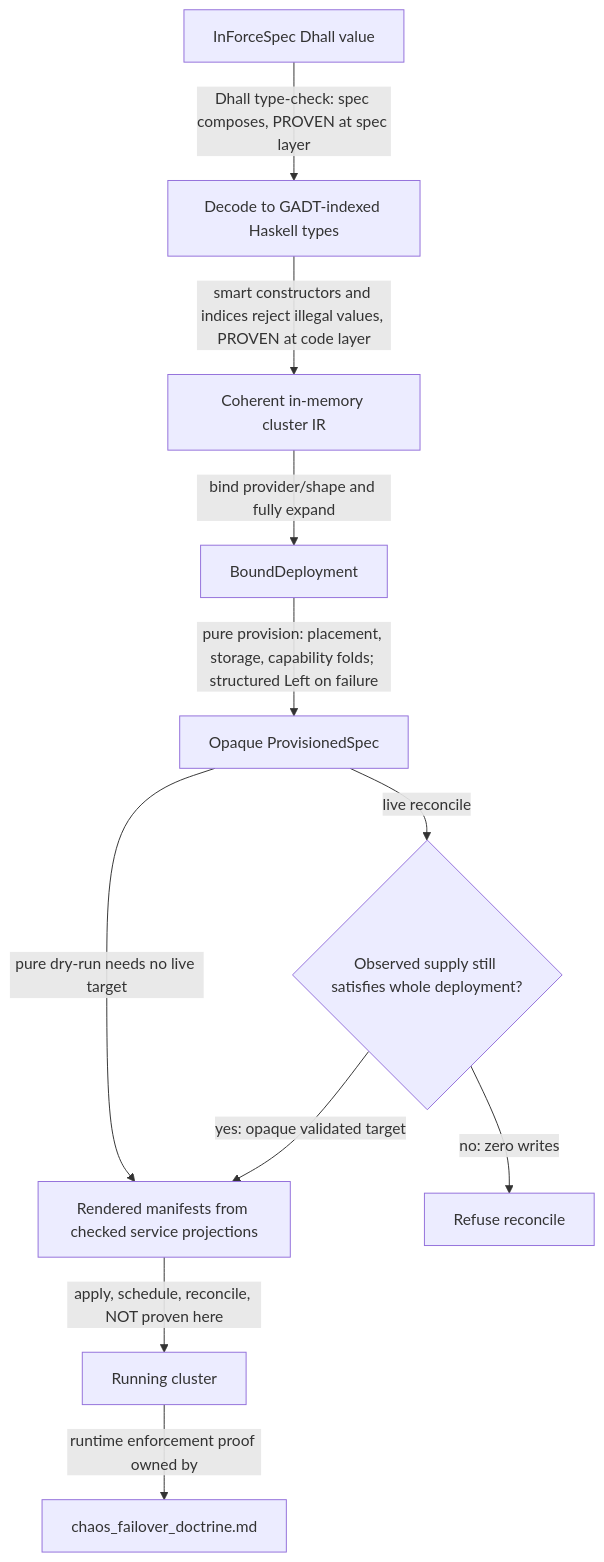
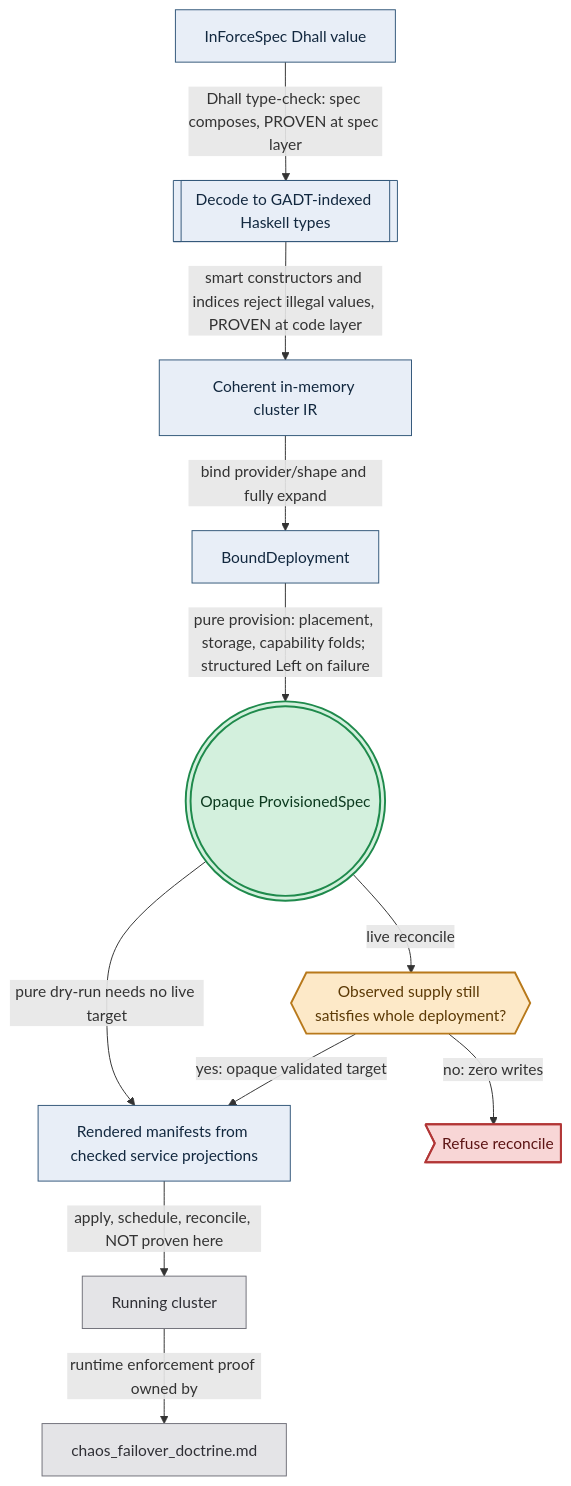
The diagram in documents/illegal_state/illegal_state_catalog.md (Tuee22/amoebius), drawn with Mermaid before and after one commit. The commit also changed other lines of this file and 36 other files, not shown here.

````diff
--- a/documents/illegal_state/illegal_state_catalog.md
+++ b/documents/illegal_state/illegal_state_catalog.md
@@ -91,13 +93,18 @@
 ```mermaid
 flowchart TD
-  spec[InForceSpec Dhall value] -->|Dhall type-check: spec composes, PROVEN at spec layer| decode[Decode to GADT-indexed Haskell types]
-  decode -->|smart constructors and indices reject illegal values, PROVEN at code layer| ir[Coherent in-memory cluster IR]
-  ir -->|bind provider/shape and fully expand| bound[BoundDeployment]
-  bound -->|pure provision: placement, storage, capability folds; structured Left on failure| provisioned[Opaque ProvisionedSpec]
-  provisioned -->|pure dry-run needs no live target| render[Rendered manifests from checked service projections]
-  provisioned -->|live reconcile| preflight{Observed supply still satisfies whole deployment?}
+  spec[InForceSpec Dhall value]:::intent -->|Dhall type-check: spec composes, PROVEN at spec layer| decode[[Decode to GADT-indexed Haskell types]]:::intent
+  decode -->|smart constructors and indices reject illegal values, PROVEN at code layer| ir[Coherent in-memory cluster IR]:::intent
+  ir -->|bind provider/shape and fully expand| bound[BoundDeployment]:::intent
+  bound -->|pure provision: placement, storage, capability folds; structured Left on failure| provisioned((("Opaque ProvisionedSpec"))):::seal
+  provisioned -->|pure dry-run needs no live target| render[Rendered manifests from checked service projections]:::intent
+  provisioned -->|live reconcile| preflight{{"Observed supply still satisfies whole deployment?"}}:::gate
   preflight -->|yes: opaque validated target| render
-  preflight -->|no: zero writes| refuse[Refuse reconcile]
-  render -->|apply, schedule, reconcile, NOT proven here| live[Running cluster]
-  live -->|runtime enforcement proof owned by| chaos[chaos_failover_doctrine.md]
+  preflight -->|no: zero writes| refuse>Refuse reconcile]:::refuse
+  render -->|apply, schedule, reconcile, NOT proven here| live[Running cluster]:::runtime
+  live -->|runtime enforcement proof owned by| chaos[chaos_failover_doctrine.md]:::runtime
+  classDef intent   fill:#e8eef7,stroke:#33587a,color:#12283f,stroke-width:1px
+  classDef gate     fill:#fde9c8,stroke:#b8791b,color:#5c3a06,stroke-width:2px
+  classDef seal     fill:#d3f0dd,stroke:#1f8a4c,color:#0c3a1f,stroke-width:2px
+  classDef refuse   fill:#f8d6d6,stroke:#b23636,color:#5c1414,stroke-width:2px
+  classDef runtime  fill:#e4e4e7,stroke:#71717a,color:#2f2f35,stroke-width:1px
 ```
````
